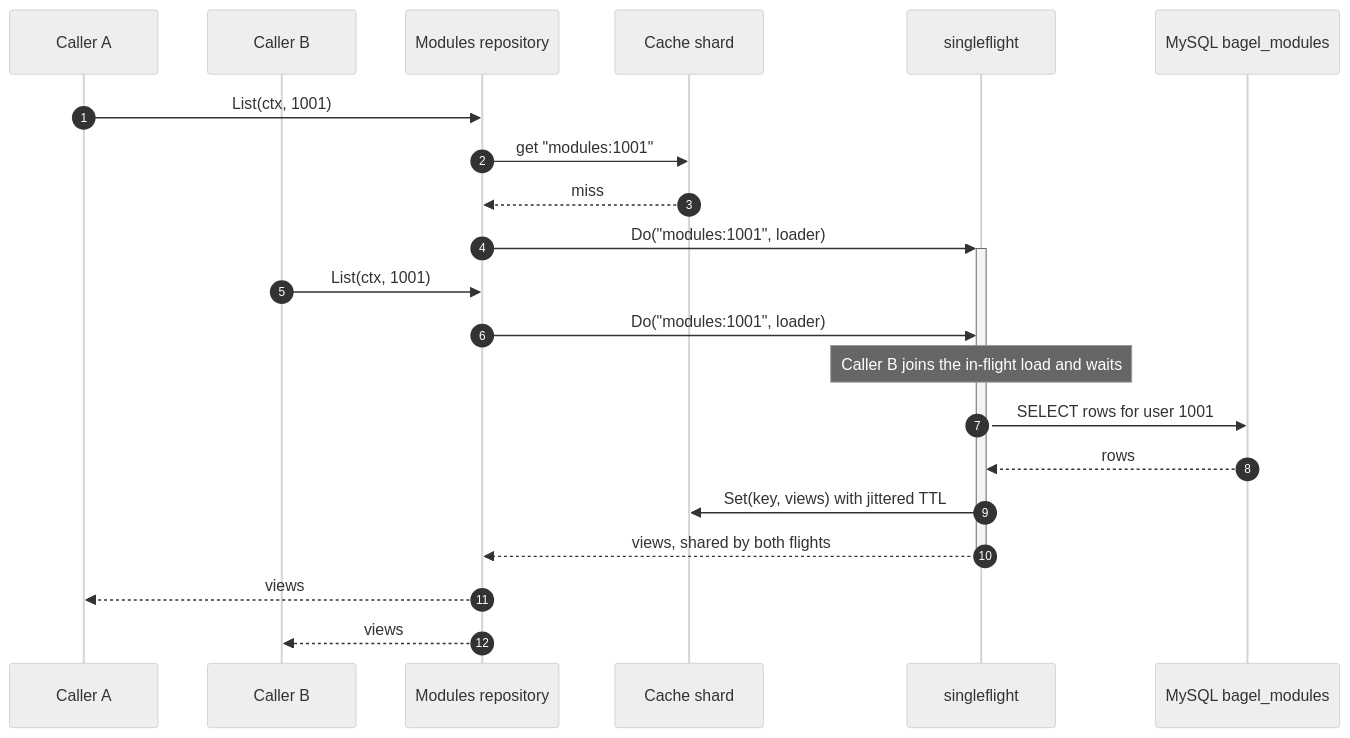
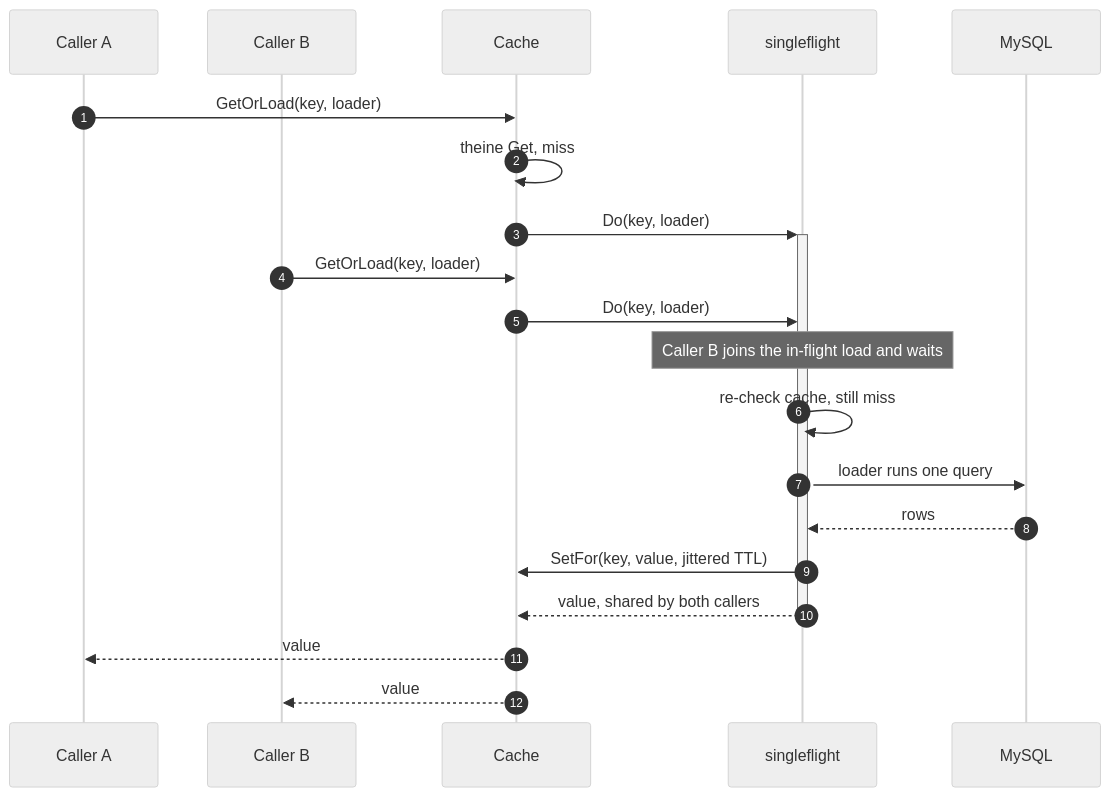
Before and after one commit to AdamOusmer/ItsBagelBot: the second of 4 diagrams in docs/src/content/docs/data-and-state/caching.md, drawn with Mermaid (neutral theme). The commit also changed other lines of this file and 27 other files, not shown here.

````diff
--- a/docs/src/content/docs/data-and-state/caching.md
+++ b/docs/src/content/docs/data-and-state/caching.md
@@ -22,24 +100,23 @@
 ```mermaid
 sequenceDiagram
     autonumber
     participant A as Caller A
     participant B as Caller B
-    participant R as Modules repository
-    participant C as Cache shard
+    participant C as Cache
     participant F as singleflight
-    participant DB as MySQL bagel_modules
+    participant DB as MySQL
 
-    A->>R: List(ctx, 1001)
-    R->>C: get "modules:1001"
-    C-->>R: miss
-    R->>+F: Do("modules:1001", loader)
-    B->>R: List(ctx, 1001)
-    R->>F: Do("modules:1001", loader)
+    A->>C: GetOrLoad(key, loader)
+    C->>C: theine Get, miss
+    C->>+F: Do(key, loader)
+    B->>C: GetOrLoad(key, loader)
+    C->>F: Do(key, loader)
     Note over F: Caller B joins the in-flight load and waits
-    F->>DB: SELECT rows for user 1001
+    F->>F: re-check cache, still miss
+    F->>DB: loader runs one query
     DB-->>F: rows
-    F->>C: Set(key, views) with jittered TTL
-    F-->>-R: views, shared by both flights
-    R-->>A: views
-    R-->>B: views
+    F->>C: SetFor(key, value, jittered TTL)
+    F-->>-C: value, shared by both callers
+    C-->>A: value
+    C-->>B: value
 ```
````
